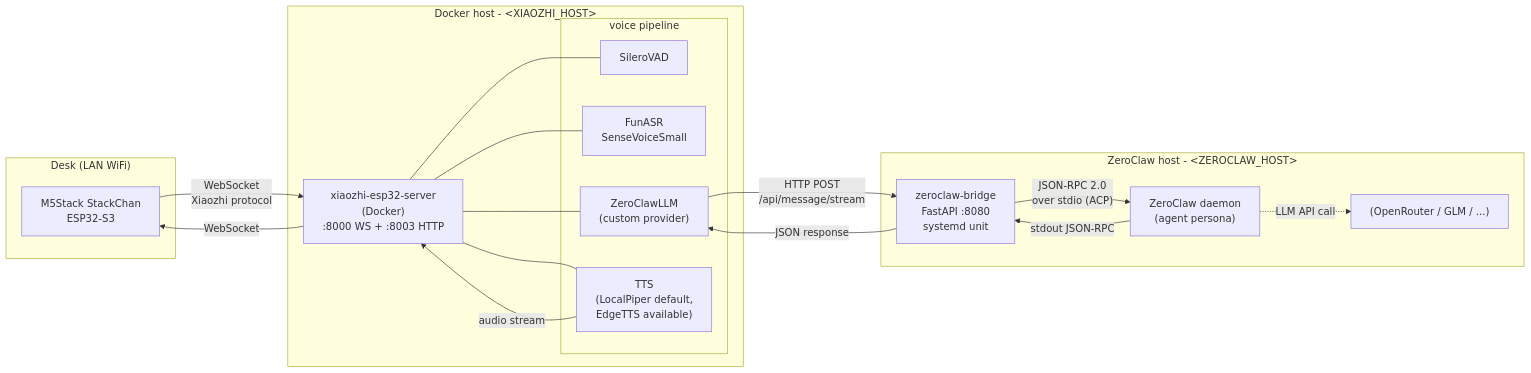
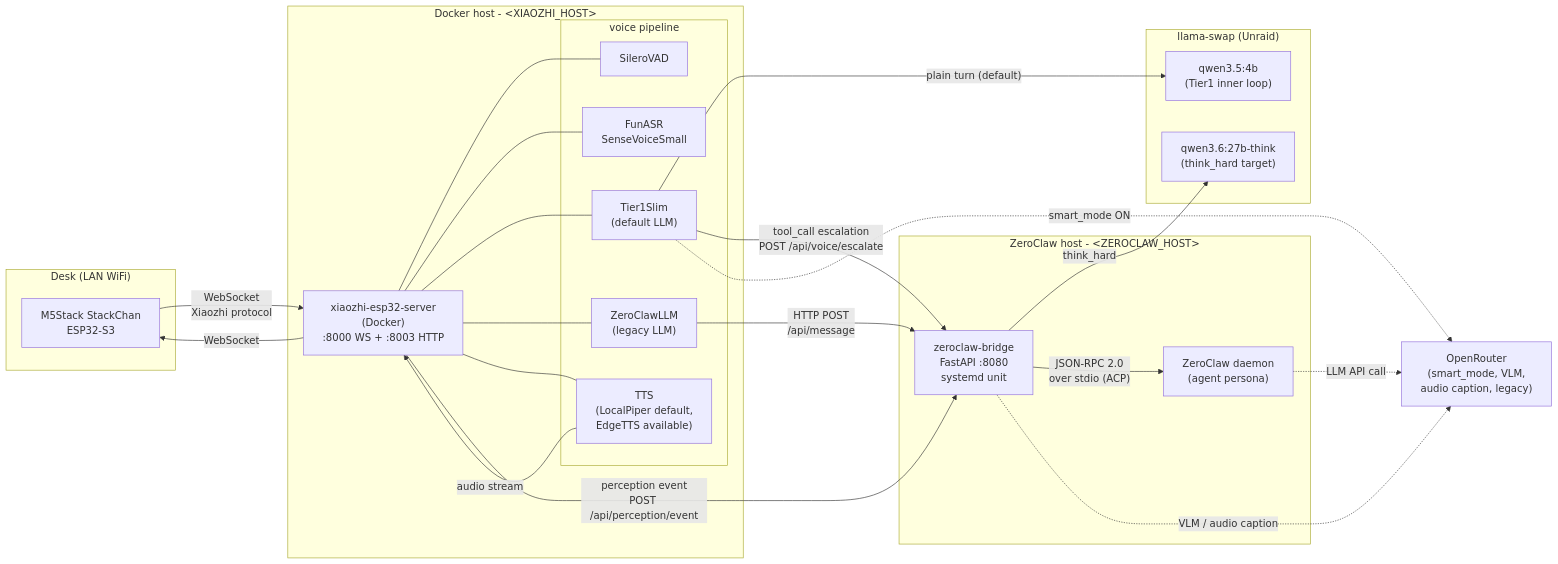
Before and after one commit to BrettKinny/dotty-stackchan: the first of 4 diagrams in docs/architecture.md, drawn with Mermaid. The commit also changed other lines of this file and 27 other files, not shown here.

````diff
--- a/docs/architecture.md
+++ b/docs/architecture.md
@@ -18,32 +21,43 @@
 ```mermaid
 flowchart LR
     subgraph Desk["Desk (LAN WiFi)"]
         SC["M5Stack StackChan<br/>ESP32-S3"]
     end
 
     subgraph DockerHost["Docker host - &lt;XIAOZHI_HOST&gt;"]
         XZ["xiaozhi-esp32-server<br/>(Docker)<br/>:8000 WS + :8003 HTTP"]
         subgraph XZMods["voice pipeline"]
             VAD["SileroVAD"]
             ASR["FunASR<br/>SenseVoiceSmall"]
-            LLM["ZeroClawLLM<br/>(custom provider)"]
+            T1S["Tier1Slim<br/>(default LLM)"]
+            ZCL["ZeroClawLLM<br/>(legacy LLM)"]
             TTS["TTS<br/>(LocalPiper default,<br/>EdgeTTS available)"]
         end
+    end
+
+    subgraph Llama["llama-swap (Unraid)"]
+        SLIM["qwen3.5:4b<br/>(Tier1 inner loop)"]
+        THINK["qwen3.6:27b-think<br/>(think_hard target)"]
     end
 
     subgraph ZCHost["ZeroClaw host - &lt;ZEROCLAW_HOST&gt;"]
         Bridge["zeroclaw-bridge<br/>FastAPI :8080<br/>systemd unit"]
         ZC["ZeroClaw daemon<br/>(agent persona)"]
-        Cloud["(OpenRouter / GLM / ...)"]
     end
 
+    Cloud["OpenRouter<br/>(smart_mode, VLM,<br/>audio caption, legacy)"]
+
     SC -->|"WebSocket<br/>Xiaozhi protocol"| XZ
-    XZ --- VAD & ASR & LLM & TTS
-    LLM -->|"HTTP POST<br/>/api/message/stream"| Bridge
+    XZ --- VAD & ASR & T1S & ZCL & TTS
+    T1S -->|"plain turn (default)"| SLIM
+    T1S -->|"tool_call escalation<br/>POST /api/voice/escalate"| Bridge
+    ZCL -->|"HTTP POST<br/>/api/message"| Bridge
+    Bridge -->|"think_hard"| THINK
     Bridge -->|"JSON-RPC 2.0<br/>over stdio (ACP)"| ZC
     ZC -.->|"LLM API call"| Cloud
-    ZC -->|"stdout JSON-RPC"| Bridge
-    Bridge -->|"JSON response"| LLM
+    Bridge -.->|"VLM / audio caption"| Cloud
+    T1S -.->|"smart_mode ON"| Cloud
+    XZ -->|"perception event<br/>POST /api/perception/event"| Bridge
     TTS -->|"audio stream"| XZ
     XZ -->|"WebSocket"| SC
 ```
````
